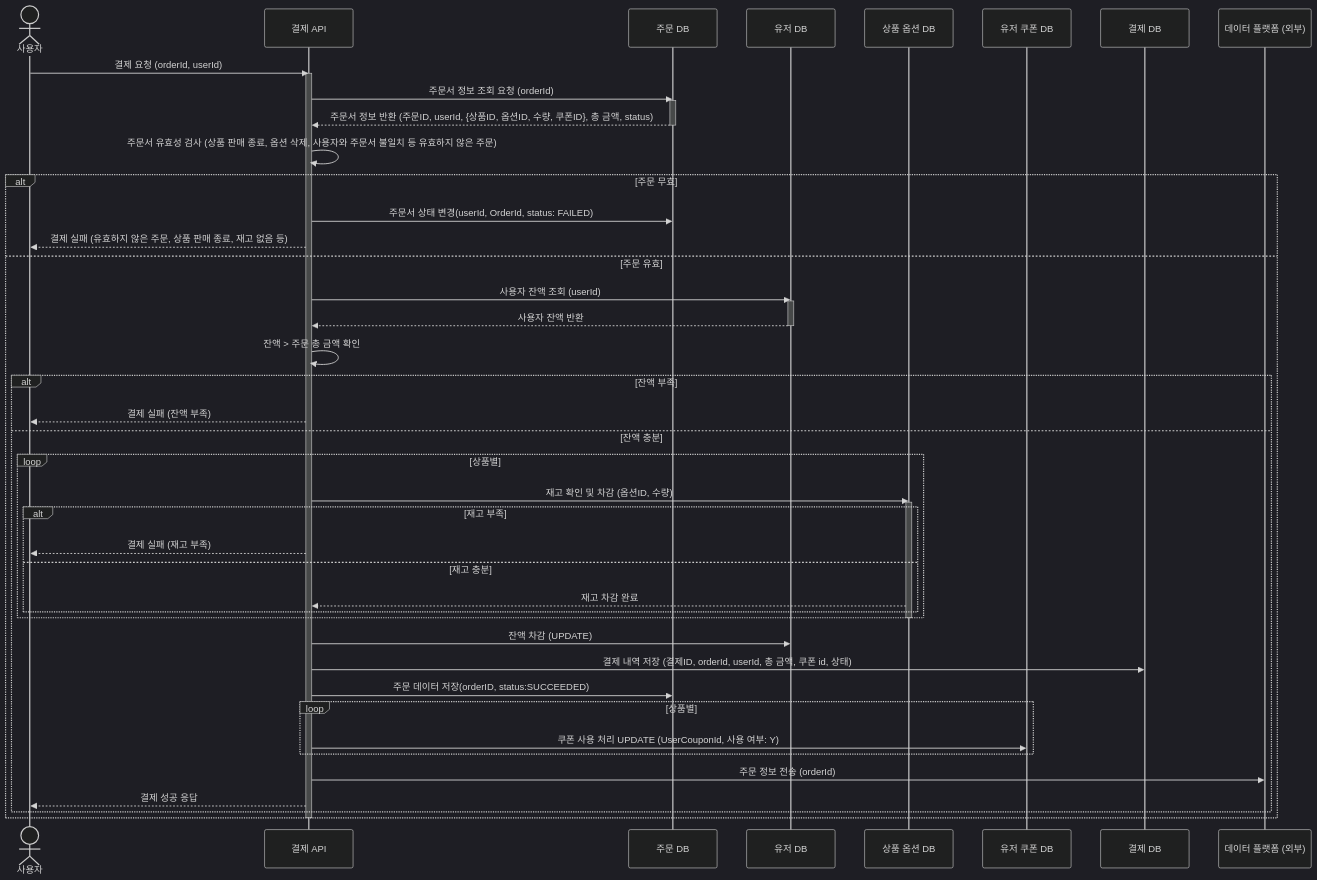
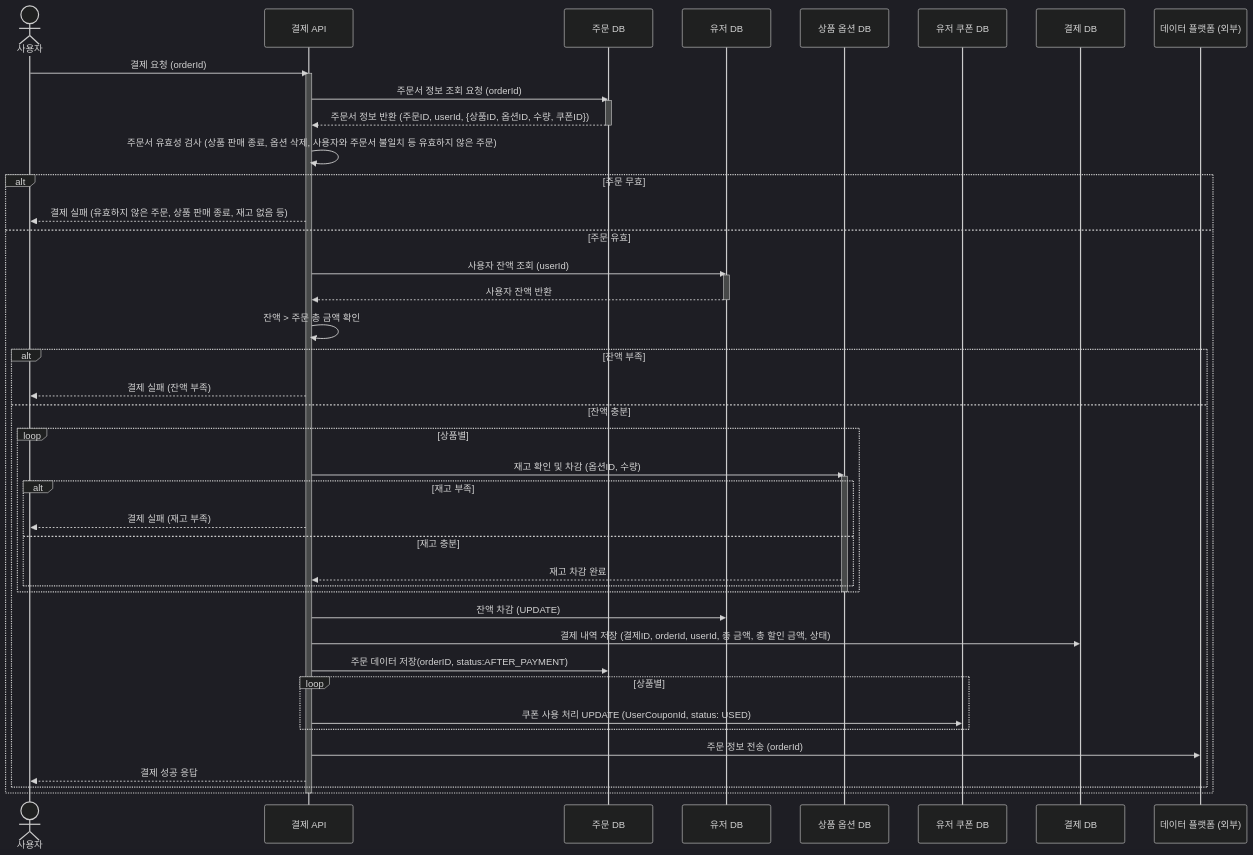
Before and after one commit to sky96027/e-commerce: the eighth of 9 diagrams in docs/Sequence.md, drawn with Mermaid (dark theme). The commit also changed 62 other files, not shown here.

````diff
--- a/docs/Sequence.md
+++ b/docs/Sequence.md
@@ -269,69 +269,68 @@
 ```mermaid
 sequenceDiagram
     actor User as 사용자
     participant PaymentAPI as 결제 API
     participant OrderDB as 주문 DB
     participant UserDB as 유저 DB
     participant ProductOptionDB as 상품 옵션 DB
     participant UserCouponDB as 유저 쿠폰 DB
     participant PaymentDB as 결제 DB
     participant DataPlatform as 데이터 플랫폼 (외부)
 
-    User ->> PaymentAPI: 결제 요청 (orderId, userId)
+    User ->> PaymentAPI: 결제 요청 (orderId)
     activate PaymentAPI
 
     %% 1. 주문 유효성 확인
     PaymentAPI ->> OrderDB: 주문서 정보 조회 요청 (orderId)
     activate OrderDB
-    OrderDB -->> PaymentAPI: 주문서 정보 반환 (주문ID, userId, {상품ID, 옵션ID, 수량, 쿠폰ID}, 총 금액, status)
+    OrderDB -->> PaymentAPI: 주문서 정보 반환 (주문ID, userId, {상품ID, 옵션ID, 수량, 쿠폰ID})
     deactivate OrderDB
     PaymentAPI ->> PaymentAPI: 주문서 유효성 검사 (상품 판매 종료, 옵션 삭제, 사용자와 주문서 불일치 등 유효하지 않은 주문)
     alt 주문 무효
-        PaymentAPI->> OrderDB: 주문서 상태 변경(userId, OrderId, status: FAILED)
         PaymentAPI -->> User: 결제 실패 (유효하지 않은 주문, 상품 판매 종료, 재고 없음 등)
     else 주문 유효
         %% 2. 결제 금액 확인
         
 
         %% 3. 잔액 확인
         PaymentAPI ->> UserDB: 사용자 잔액 조회 (userId)
         activate UserDB
         UserDB -->> PaymentAPI: 사용자 잔액 반환
         deactivate UserDB
         PaymentAPI ->> PaymentAPI: 잔액 > 주문 총 금액 확인
         alt 잔액 부족
             PaymentAPI -->> User: 결제 실패 (잔액 부족)
         else 잔액 충분
             %% 4. 재고 차감
             loop 상품별
                 PaymentAPI ->> ProductOptionDB: 재고 확인 및 차감 (옵션ID, 수량)
                 activate ProductOptionDB
                 alt 재고 부족
                     PaymentAPI -->> User: 결제 실패 (재고 부족)
                 else 재고 충분
                     ProductOptionDB -->> PaymentAPI: 재고 차감 완료
                 end
             end
             deactivate ProductOptionDB
 						%% 5. 잔액 차감
             PaymentAPI ->> UserDB: 잔액 차감 (UPDATE)
 						
             %% 6. 결제 내역 저장
-            PaymentAPI ->> PaymentDB: 결제 내역 저장 (결제ID, orderId, userId, 총 금액, 쿠폰 id, 상태)
+            PaymentAPI ->> PaymentDB: 결제 내역 저장 (결제ID, orderId, userId, 총 금액, 총 할인 금액, 상태)
             
             %% 7. 주문 정보 저장
-            PaymentAPI ->> OrderDB: 주문 데이터 저장(orderID, status:SUCCEEDED)
+            PaymentAPI ->> OrderDB: 주문 데이터 저장(orderID, status:AFTER_PAYMENT)
 
             %% 8. 쿠폰 사용 처리
             loop 상품별
-                PaymentAPI ->> UserCouponDB: 쿠폰 사용 처리 UPDATE (UserCouponId, 사용 여부: Y)
+                PaymentAPI ->> UserCouponDB: 쿠폰 사용 처리 UPDATE (UserCouponId, status: USED)
             end
 
             %% 9. 데이터 플랫폼 전송
             PaymentAPI ->> DataPlatform: 주문 정보 전송 (orderId)
 
             PaymentAPI -->> User: 결제 성공 응답
         end
     end
     deactivate PaymentAPI
 ```
````
